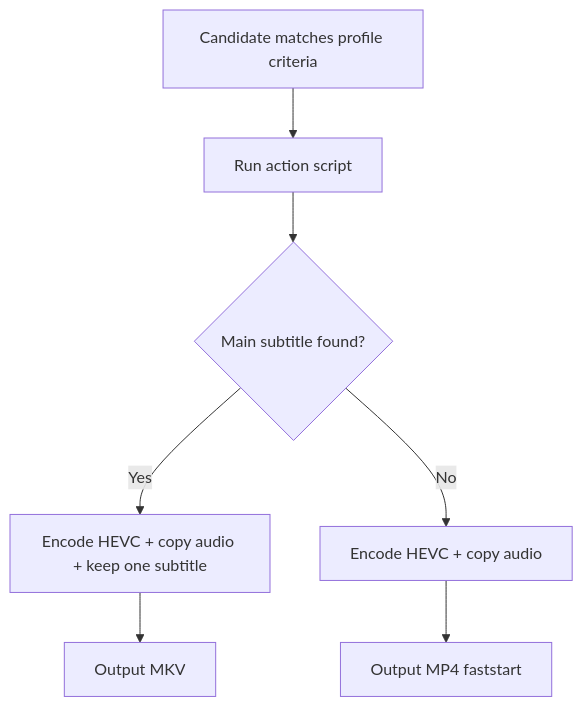
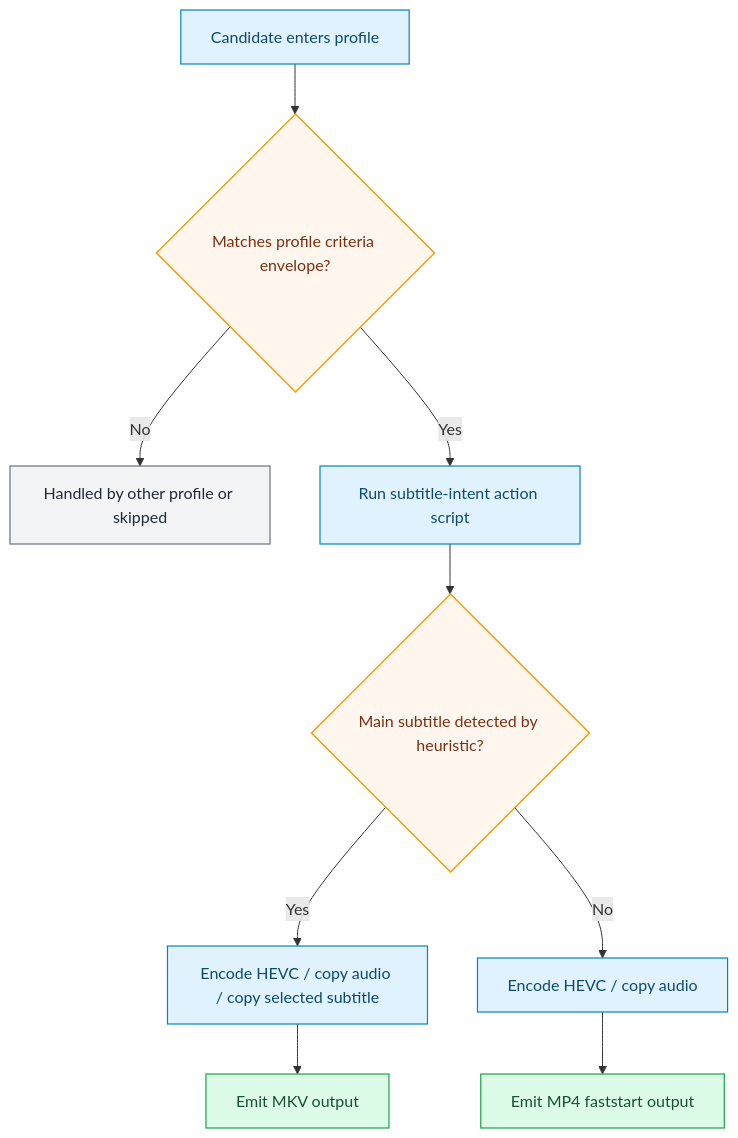
Before and after one commit to CraigWatt/vfo: the diagram in platform/docs-site/docs/profiles/generated/netflixy-preserve-audio-main-subtitle-intent-1080p.md, drawn with Mermaid. The commit also changed other lines of this file and 22 other files, not shown here.

Commit message:
docs: uplift flow charts with multi-level and profile visuals

````diff
--- a/platform/docs-site/docs/profiles/generated/netflixy-preserve-audio-main-subtitle-intent-1080p.md
+++ b/platform/docs-site/docs/profiles/generated/netflixy-preserve-audio-main-subtitle-intent-1080p.md
@@ -36,9 +41,16 @@
 ```mermaid
 flowchart TD
-  A[Candidate matches profile criteria] --> B[Run action script]
-  B --> C{Main subtitle found?}
-  C -->|Yes| D[Encode HEVC + copy audio + keep one subtitle]
-  D --> E[Output MKV]
-  C -->|No| F[Encode HEVC + copy audio]
-  F --> G[Output MP4 faststart]
+  classDef gate fill:#fff7ed,stroke:#f59e0b,color:#7c2d12,stroke-width:1.5px;
+  classDef stage fill:#e0f2fe,stroke:#0284c7,color:#0c4a6e,stroke-width:1.2px;
+  classDef output fill:#dcfce7,stroke:#16a34a,color:#14532d,stroke-width:1.2px;
+  classDef skip fill:#f3f4f6,stroke:#6b7280,color:#1f2937,stroke-width:1.2px;
+
+  A[Candidate enters profile]:::stage --> B{Matches profile criteria envelope?}:::gate
+  B -->|No| Z[Handled by other profile or skipped]:::skip
+  B -->|Yes| C[Run subtitle-intent action script]:::stage
+  C --> D{Main subtitle detected by heuristic?}:::gate
+  D -->|Yes| E[Encode HEVC / copy audio / copy selected subtitle]:::stage
+  E --> F[Emit MKV output]:::output
+  D -->|No| G[Encode HEVC / copy audio]:::stage
+  G --> H[Emit MP4 faststart output]:::output
 ```
````
